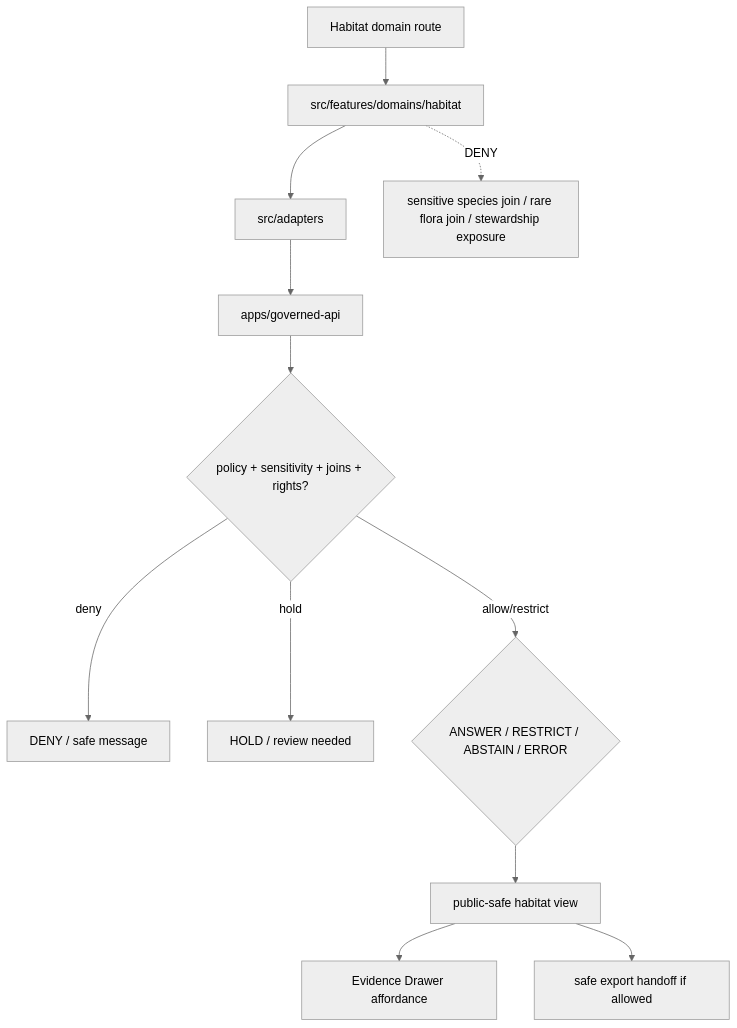
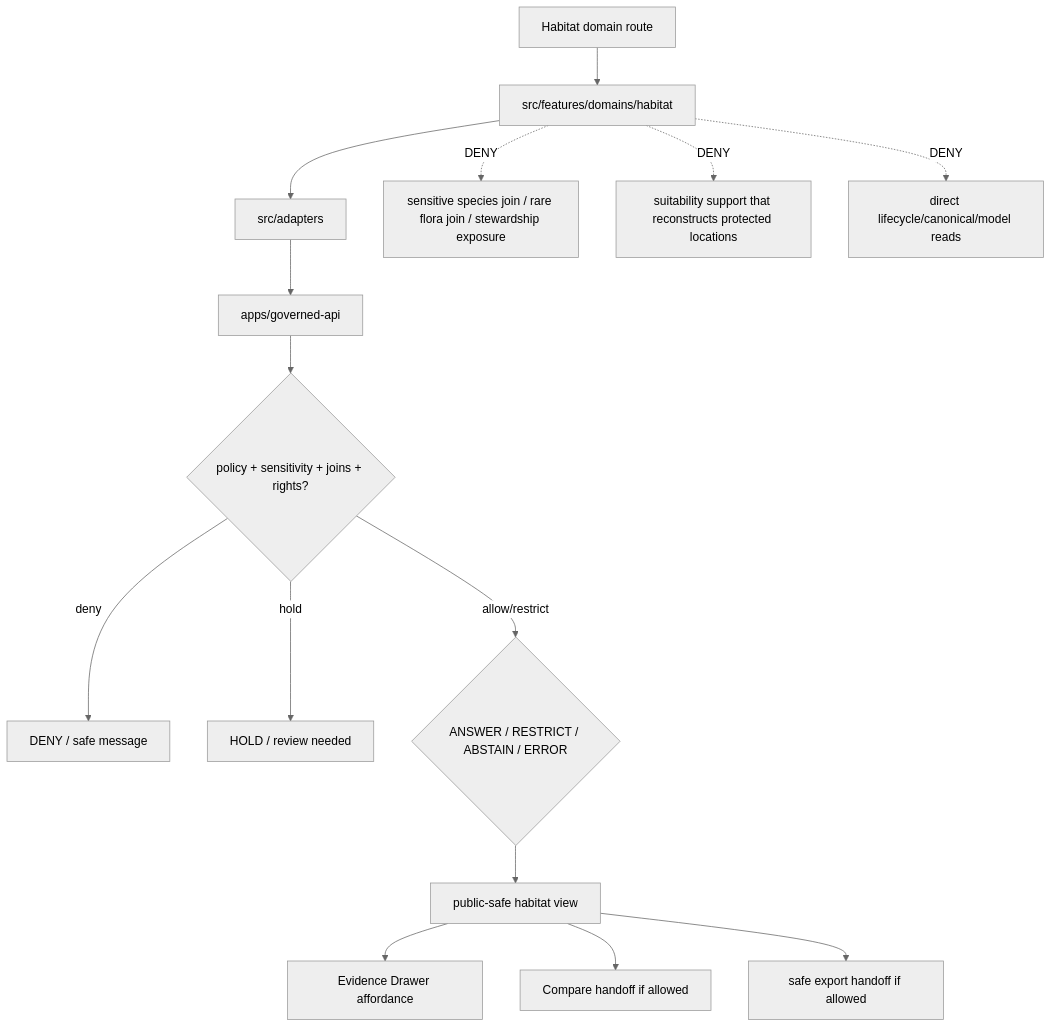
Before and after one commit to bartytime4life/Kansas-Frontier-Matrix: the diagram in apps/explorer-web/src/features/domains/habitat/README.md, drawn with Mermaid (neutral theme). The commit also changed other lines of this file, not shown here.

Commit message:
docs: update explorer web habitat feature README

````diff
--- a/apps/explorer-web/src/features/domains/habitat/README.md
+++ b/apps/explorer-web/src/features/domains/habitat/README.md
@@ -215,14 +293,17 @@
 ```mermaid
 flowchart TD
     route["Habitat domain route"] --> feature["src/features/domains/habitat"]
     feature --> adapters["src/adapters"]
     adapters --> api["apps/governed-api"]
     api --> policy{"policy + sensitivity + joins + rights?"}
     policy -->|deny| deny["DENY / safe message"]
     policy -->|hold| hold["HOLD / review needed"]
     policy -->|allow/restrict| envelope{"ANSWER / RESTRICT / ABSTAIN / ERROR"}
     envelope --> view["public-safe habitat view"]
     view --> evidence["Evidence Drawer affordance"]
+    view --> compare["Compare handoff if allowed"]
     view --> export["safe export handoff if allowed"]
     feature -. DENY .-> exact["sensitive species join / rare flora join / stewardship exposure"]
+    feature -. DENY .-> model["suitability support that reconstructs protected locations"]
+    feature -. DENY .-> data["direct lifecycle/canonical/model reads"]
 ```
````
